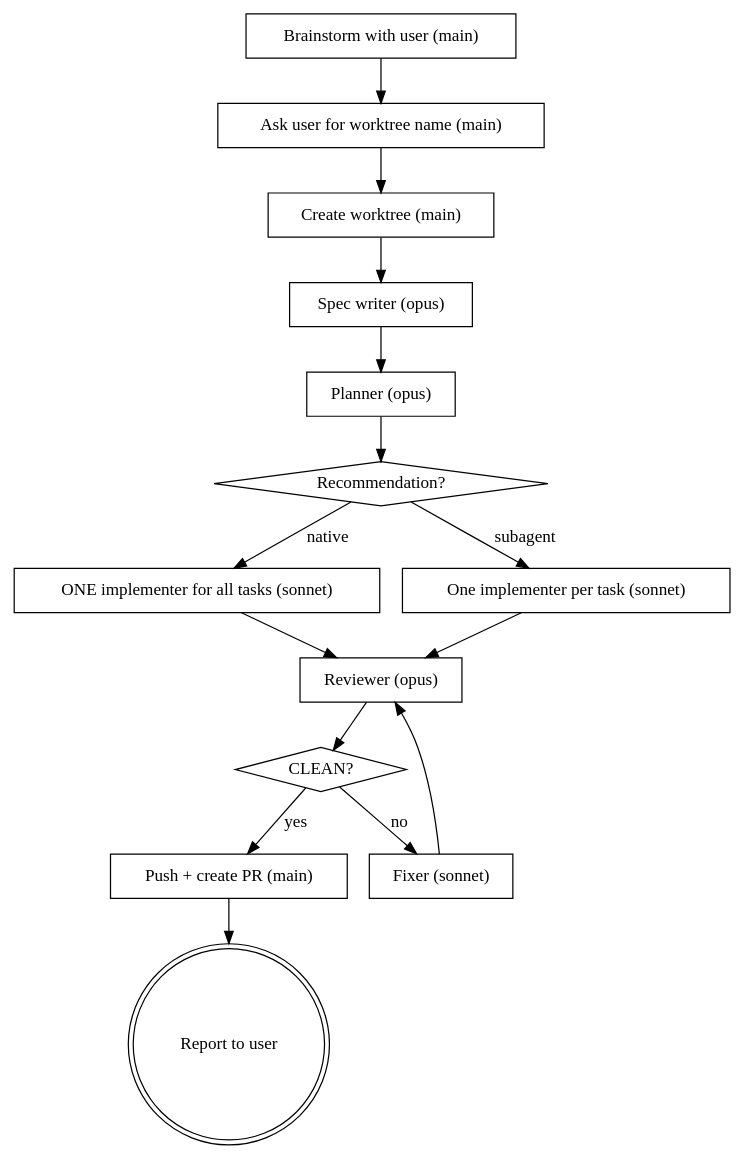
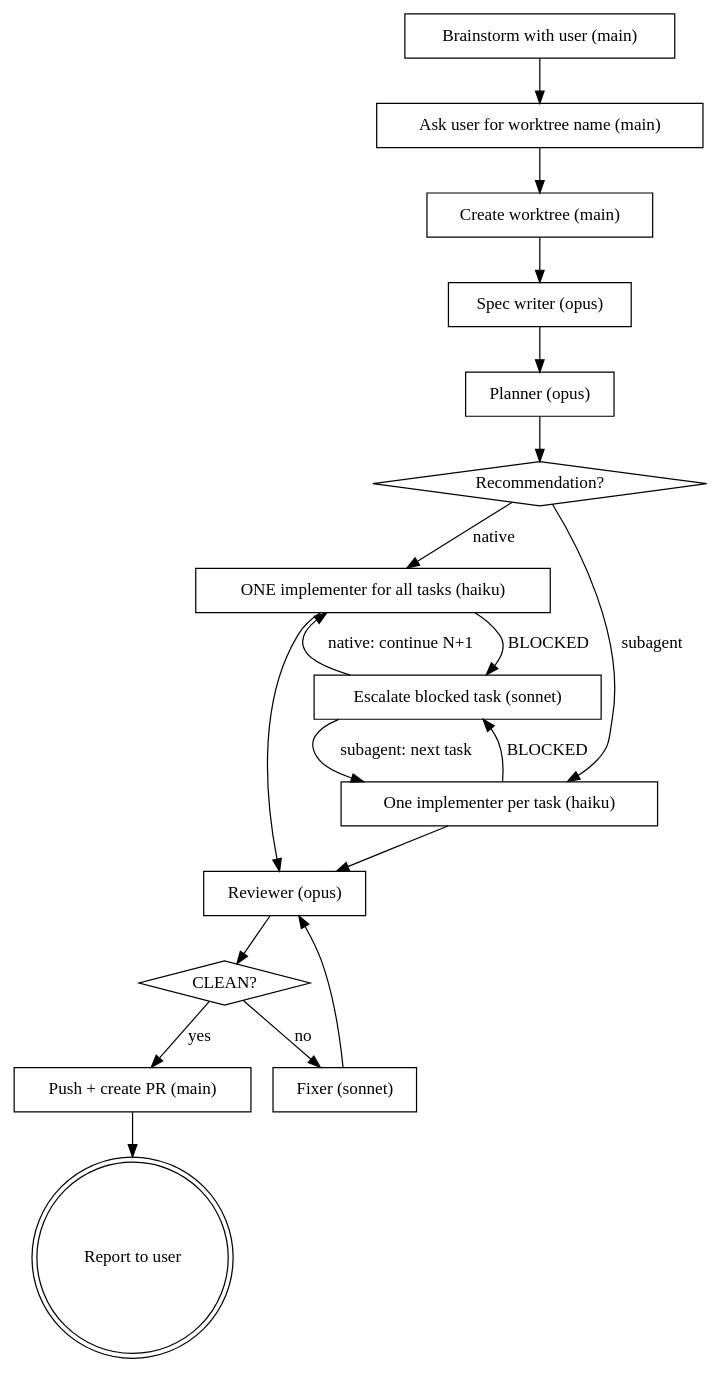
The diagram in agents/claude/skills/superpowers-e2e/SKILL.md (dobadevv/dotfiles), drawn with Graphviz before and after one commit. The commit also changed other lines of this file and 85 other files, not shown here.

````diff
--- a/agents/claude/skills/superpowers-e2e/SKILL.md
+++ b/agents/claude/skills/superpowers-e2e/SKILL.md
@@ -49,32 +50,37 @@
 ```dot
 digraph e2e {
     "Brainstorm with user (main)" [shape=box];
     "Spec writer (opus)" [shape=box];
     "Planner (opus)" [shape=box];
     "Recommendation?" [shape=diamond];
-    "ONE implementer for all tasks (sonnet)" [shape=box];
-    "One implementer per task (sonnet)" [shape=box];
+    "ONE implementer for all tasks (haiku)" [shape=box];
+    "One implementer per task (haiku)" [shape=box];
+    "Escalate blocked task (sonnet)" [shape=box];
     "Reviewer (opus)" [shape=box];
     "CLEAN?" [shape=diamond];
     "Fixer (sonnet)" [shape=box];
     "Ask user for worktree name (main)" [shape=box];
     "Create worktree (main)" [shape=box];
     "Push + create PR (main)" [shape=box];
     "Report to user" [shape=doublecircle];
 
     "Brainstorm with user (main)" -> "Ask user for worktree name (main)";
     "Ask user for worktree name (main)" -> "Create worktree (main)";
     "Create worktree (main)" -> "Spec writer (opus)";
     "Spec writer (opus)" -> "Planner (opus)";
     "Planner (opus)" -> "Recommendation?";
-    "Recommendation?" -> "ONE implementer for all tasks (sonnet)" [label="native"];
-    "Recommendation?" -> "One implementer per task (sonnet)" [label="subagent"];
-    "ONE implementer for all tasks (sonnet)" -> "Reviewer (opus)";
-    "One implementer per task (sonnet)" -> "Reviewer (opus)";
+    "Recommendation?" -> "ONE implementer for all tasks (haiku)" [label="native"];
+    "Recommendation?" -> "One implementer per task (haiku)" [label="subagent"];
+    "ONE implementer for all tasks (haiku)" -> "Reviewer (opus)";
+    "One implementer per task (haiku)" -> "Reviewer (opus)";
+    "ONE implementer for all tasks (haiku)" -> "Escalate blocked task (sonnet)" [label="BLOCKED"];
+    "One implementer per task (haiku)" -> "Escalate blocked task (sonnet)" [label="BLOCKED"];
+    "Escalate blocked task (sonnet)" -> "ONE implementer for all tasks (haiku)" [label="native: continue N+1"];
+    "Escalate blocked task (sonnet)" -> "One implementer per task (haiku)" [label="subagent: next task"];
     "Reviewer (opus)" -> "CLEAN?";
     "CLEAN?" -> "Push + create PR (main)" [label="yes"];
     "Push + create PR (main)" -> "Report to user";
     "CLEAN?" -> "Fixer (sonnet)" [label="no"];
     "Fixer (sonnet)" -> "Reviewer (opus)";
 }
 ```
````
